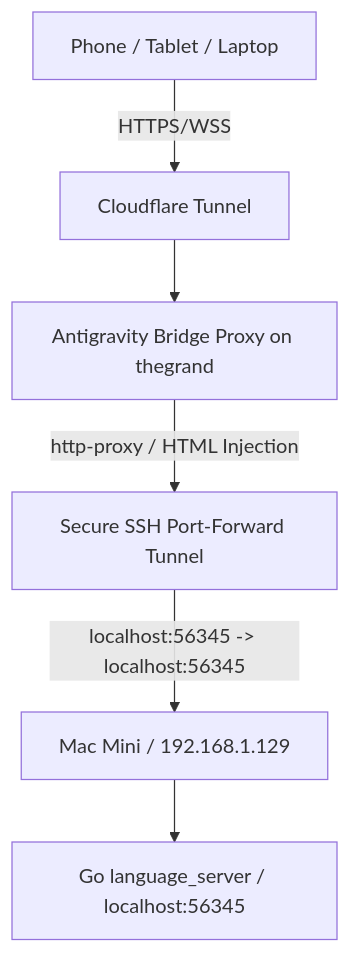
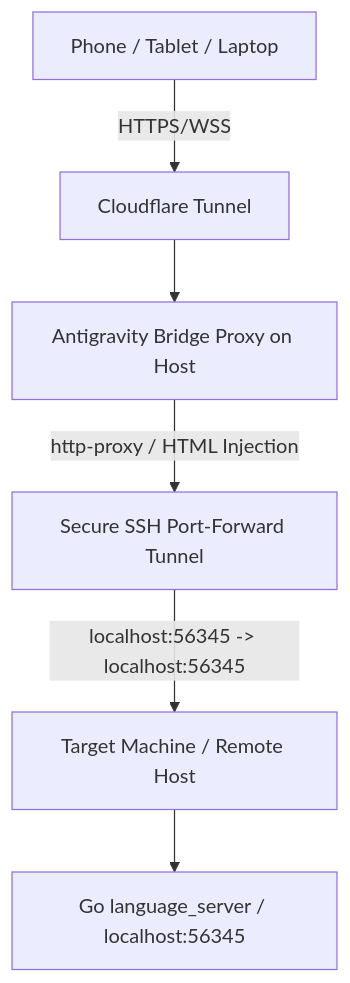
Before and after one commit to TheEmeryverse/antigravity-bridge: the diagram in README.md, drawn with Mermaid. The commit also changed other lines of this file, not shown here.

````diff
--- a/README.md
+++ b/README.md
@@ -5,15 +5,15 @@
 ```mermaid
 graph TD
     Client[Phone / Tablet / Laptop]
     Cloudflare[Cloudflare Tunnel]
-    Bridge[Antigravity Bridge Proxy on thegrand]
+    Bridge[Antigravity Bridge Proxy on Host]
     SSH[Secure SSH Port-Forward Tunnel]
-    MacMini[Mac Mini / 192.168.1.129]
+    TargetMachine[Target Machine / Remote Host]
     GoServer[Go language_server / localhost:56345]
 
     Client -- HTTPS/WSS --> Cloudflare
     Cloudflare --> Bridge
     Bridge -- http-proxy / HTML Injection --> SSH
-    SSH -- localhost:56345 -> localhost:56345 --> MacMini
-    MacMini --> GoServer
+    SSH -- localhost:56345 -> localhost:56345 --> TargetMachine
+    TargetMachine --> GoServer
 ```
````
